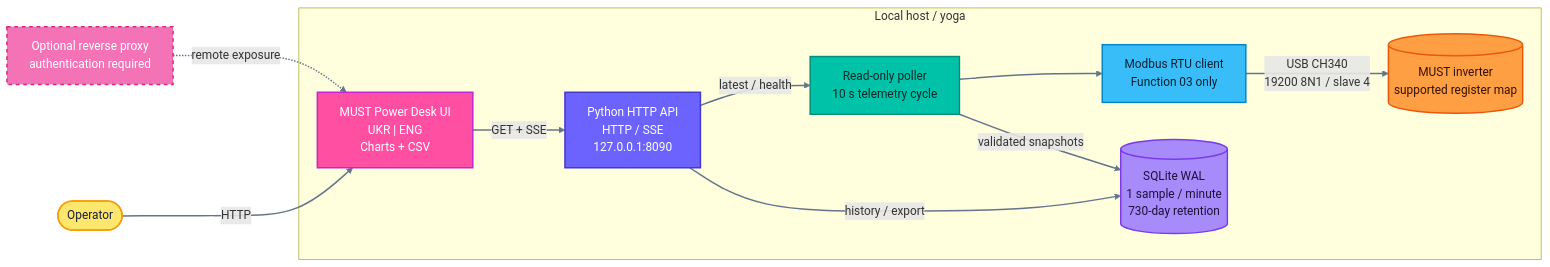
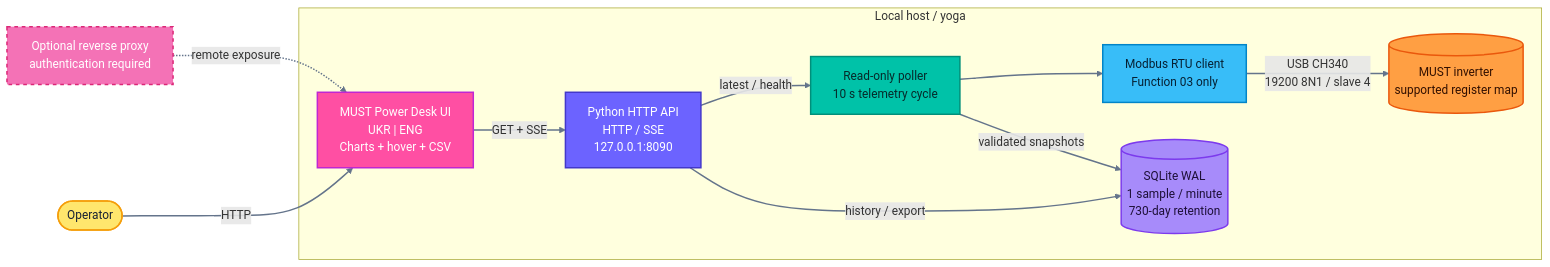
The diagram in README.md (weby-homelab/Must-Inverter-Dashboard), drawn with Mermaid before and after one commit. The commit also changed other lines of this file and 8 other files, not shown here.

````diff
--- a/README.md
+++ b/README.md
@@ -69,32 +69,32 @@
 ```mermaid
 flowchart LR
     operator([Operator]):::actor -->|HTTP| ui
 
     subgraph host["Local host / yoga"]
-        ui["MUST Power Desk UI<br/>UKR | ENG<br/>Charts + CSV"]:::ui
+        ui["MUST Power Desk UI<br/>UKR | ENG<br/>Charts + hover + CSV"]:::ui
         api["Python HTTP API<br/>HTTP / SSE<br/>127.0.0.1:8090"]:::api
         poller["Read-only poller<br/>10 s telemetry cycle"]:::poller
         modbus["Modbus RTU client<br/>Function 03 only"]:::modbus
         device[("MUST inverter<br/>supported register map")]:::device
         db[("SQLite WAL<br/>1 sample / minute<br/>730-day retention")]:::data
 
         ui -->|GET + SSE| api
         api -->|latest / health| poller
         api -->|history / export| db
         poller -->|validated snapshots| db
         poller --> modbus
         modbus -->|USB CH340<br/>19200 8N1 / slave 4| device
     end
 
     proxy["Optional reverse proxy<br/>authentication required"]:::proxy -.->|remote exposure| ui
 
     classDef actor fill:#FFE66D,stroke:#F59E0B,color:#172033,stroke-width:2px;
     classDef ui fill:#FF4FA3,stroke:#C026D3,color:#FFFFFF,stroke-width:2px;
     classDef api fill:#6C63FF,stroke:#4338CA,color:#FFFFFF,stroke-width:2px;
     classDef poller fill:#00C2A8,stroke:#008F7A,color:#062A2A,stroke-width:2px;
     classDef modbus fill:#38BDF8,stroke:#0284C7,color:#062033,stroke-width:2px;
     classDef device fill:#FF9F43,stroke:#EA580C,color:#321000,stroke-width:2px;
     classDef data fill:#A78BFA,stroke:#7C3AED,color:#1E1038,stroke-width:2px;
     classDef proxy fill:#F472B6,stroke:#DB2777,color:#FFFFFF,stroke-width:2px,stroke-dasharray:5 5;
     linkStyle default stroke:#64748B,stroke-width:2px;
 ```
````
